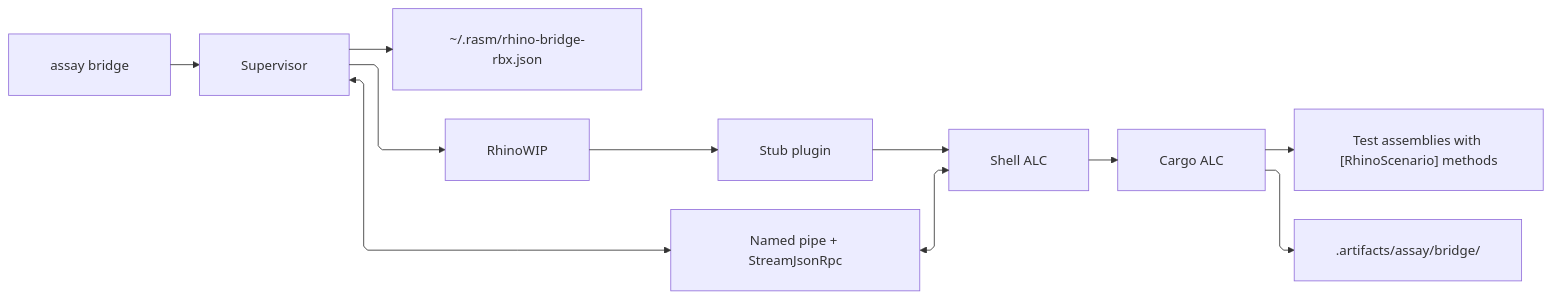
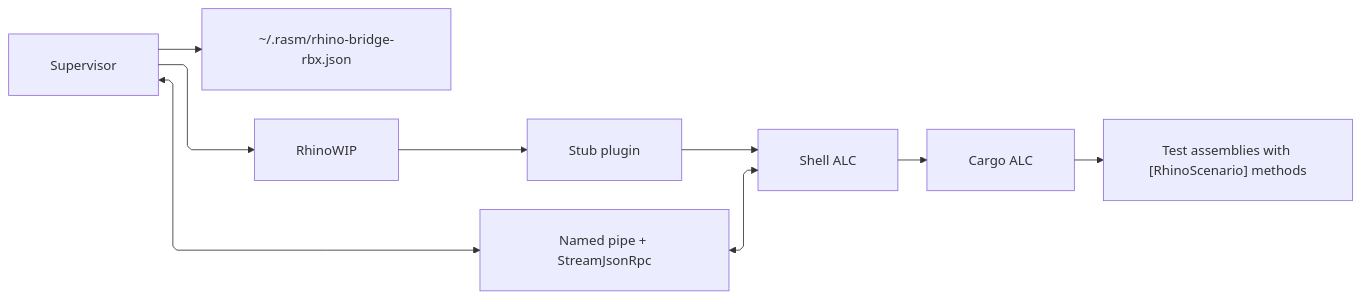
Before and after one commit to bsamiee/Rasm: the diagram in tools/rhino-bridge/README.md, drawn with Mermaid. The commit also changed other lines of this file and 1958 other files, not shown here.

````diff
--- a/tools/rhino-bridge/README.md
+++ b/tools/rhino-bridge/README.md
@@ -97,22 +55,19 @@
 ```mermaid
 ---
 config:
   layout: elk
   flowchart:
     curve: linear
     padding: 25
 ---
 flowchart LR
     accTitle: Bridge session architecture
-    accDescr: Assay drives the supervisor, which launches or reuses RhinoWIP, connects to the shell ALC over a named pipe, loads cargo, and folds scenario evidence into the run report directory.
-    Assay["assay bridge"] --> Supervisor["Supervisor"]
     Supervisor --> Endpoint["~/.rasm/rhino-bridge-rbx.json"]
     Supervisor --> Rhino["RhinoWIP"]
     Rhino --> Stub["Stub plugin"]
     Stub --> Shell["Shell ALC"]
     Supervisor <--> Pipe["Named pipe + StreamJsonRpc"]
     Pipe <--> Shell
     Shell --> Cargo["Cargo ALC"]
     Cargo --> Scenarios["Test assemblies with [RhinoScenario] methods"]
-    Cargo --> ReportDir[".artifacts/assay/bridge/<runId>"]
 ```
````
